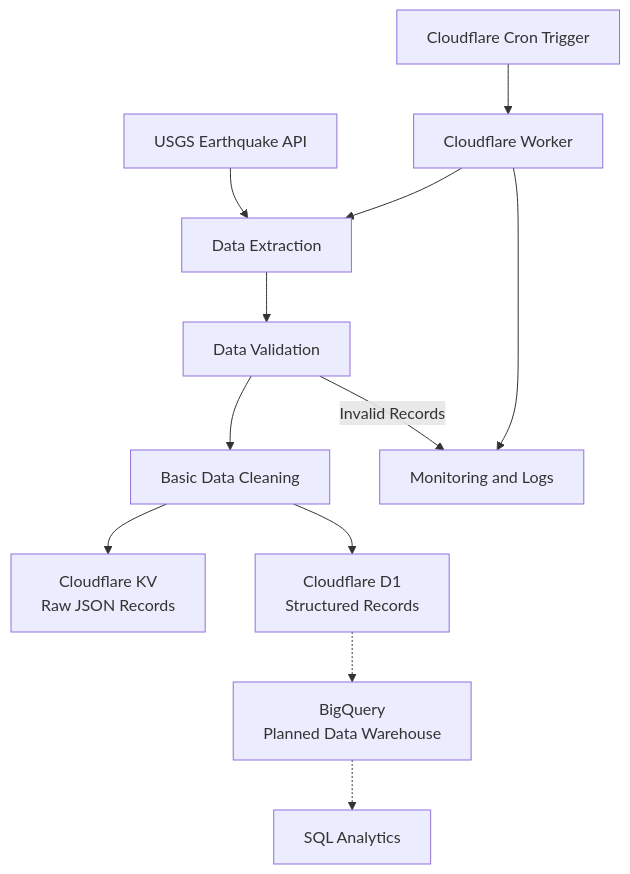
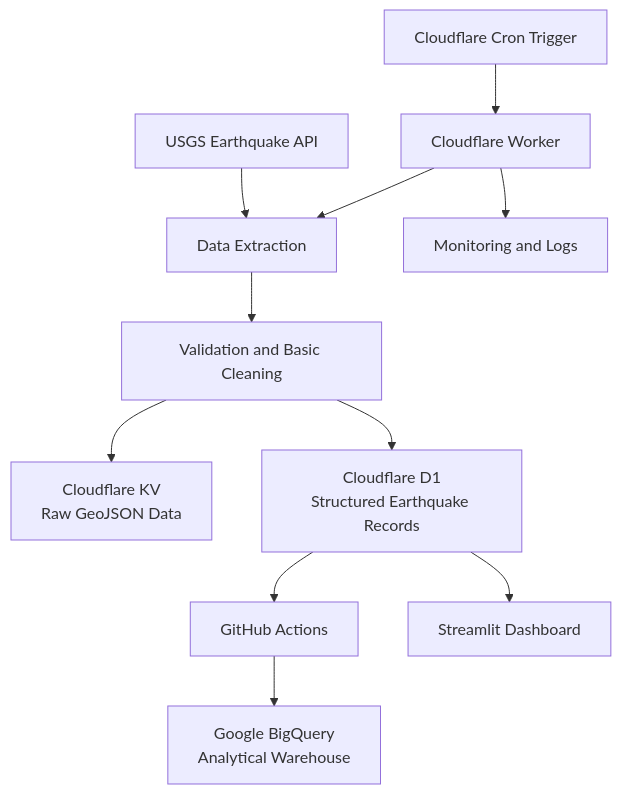
One commit to Pawarasithumina/earthquake_monitoring_system changed the diagram in README.md. Above: the diagram before and after it, drawn with Mermaid. The commit also changed other lines of this file, not shown here.

````diff
--- a/README.md
+++ b/README.md
@@ -35,26 +45,25 @@
 ```mermaid
 flowchart TD
     A["USGS Earthquake API"]
     B["Cloudflare Cron Trigger"]
     C["Cloudflare Worker"]
     D["Data Extraction"]
-    E["Data Validation"]
-    F["Basic Data Cleaning"]
-    G["Cloudflare KV<br/>Raw JSON Records"]
-    H["Cloudflare D1<br/>Structured Records"]
-    I["BigQuery<br/>Planned Data Warehouse"]
-    J["SQL Analytics"]
+    E["Validation and Basic Cleaning"]
+    F["Cloudflare KV<br/>Raw GeoJSON Data"]
+    G["Cloudflare D1<br/>Structured Earthquake Records"]
+    H["GitHub Actions"]
+    I["Google BigQuery<br/>Analytical Warehouse"]
+    J["Streamlit Dashboard"]
     K["Monitoring and Logs"]
 
     B --> C
     C --> D
     A --> D
     D --> E
     E --> F
-    E -->|Invalid Records| K
-    F --> G
-    F --> H
+    E --> G
     C --> K
-    H -.-> I
-    I -.-> J
+    G --> H
+    H --> I
+    G --> J
 ```
````
